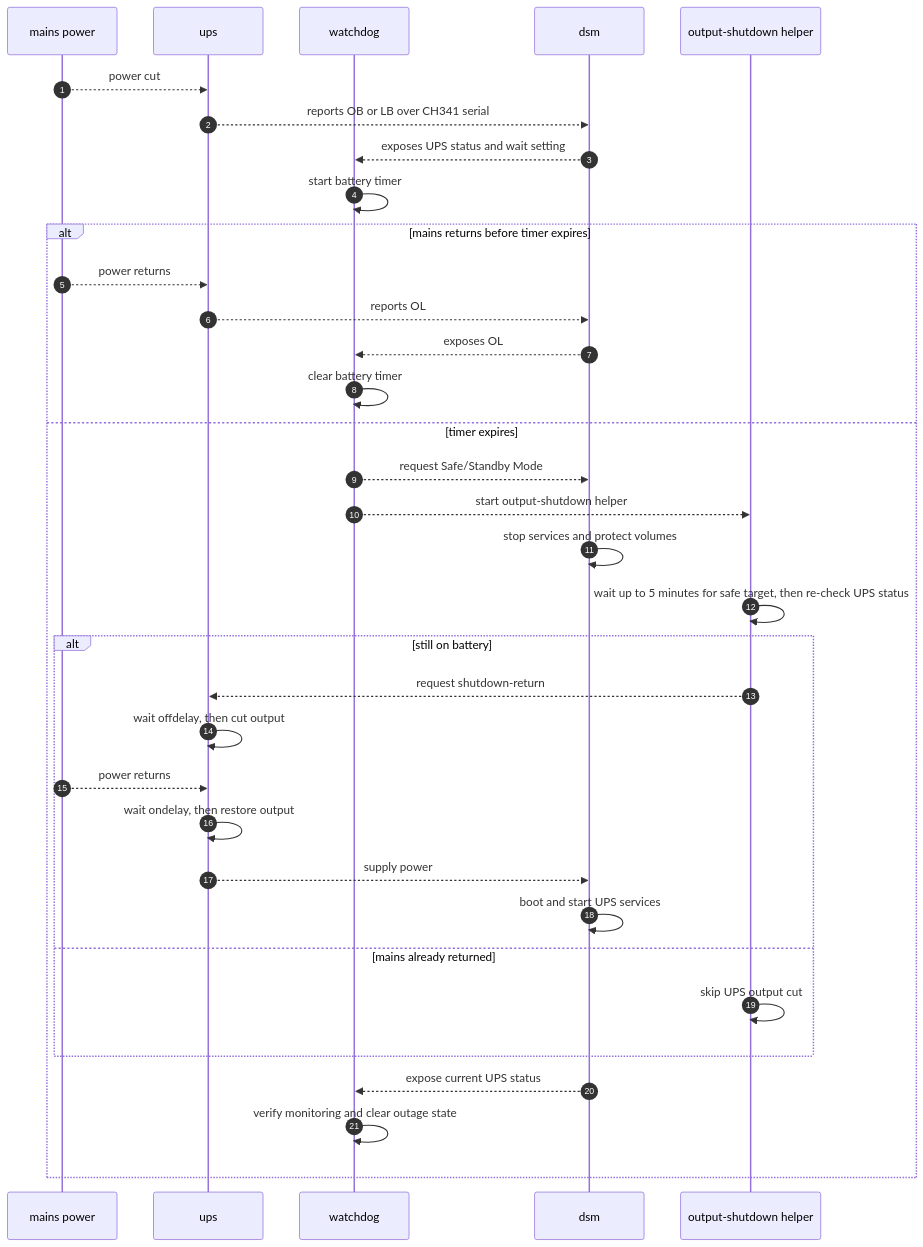
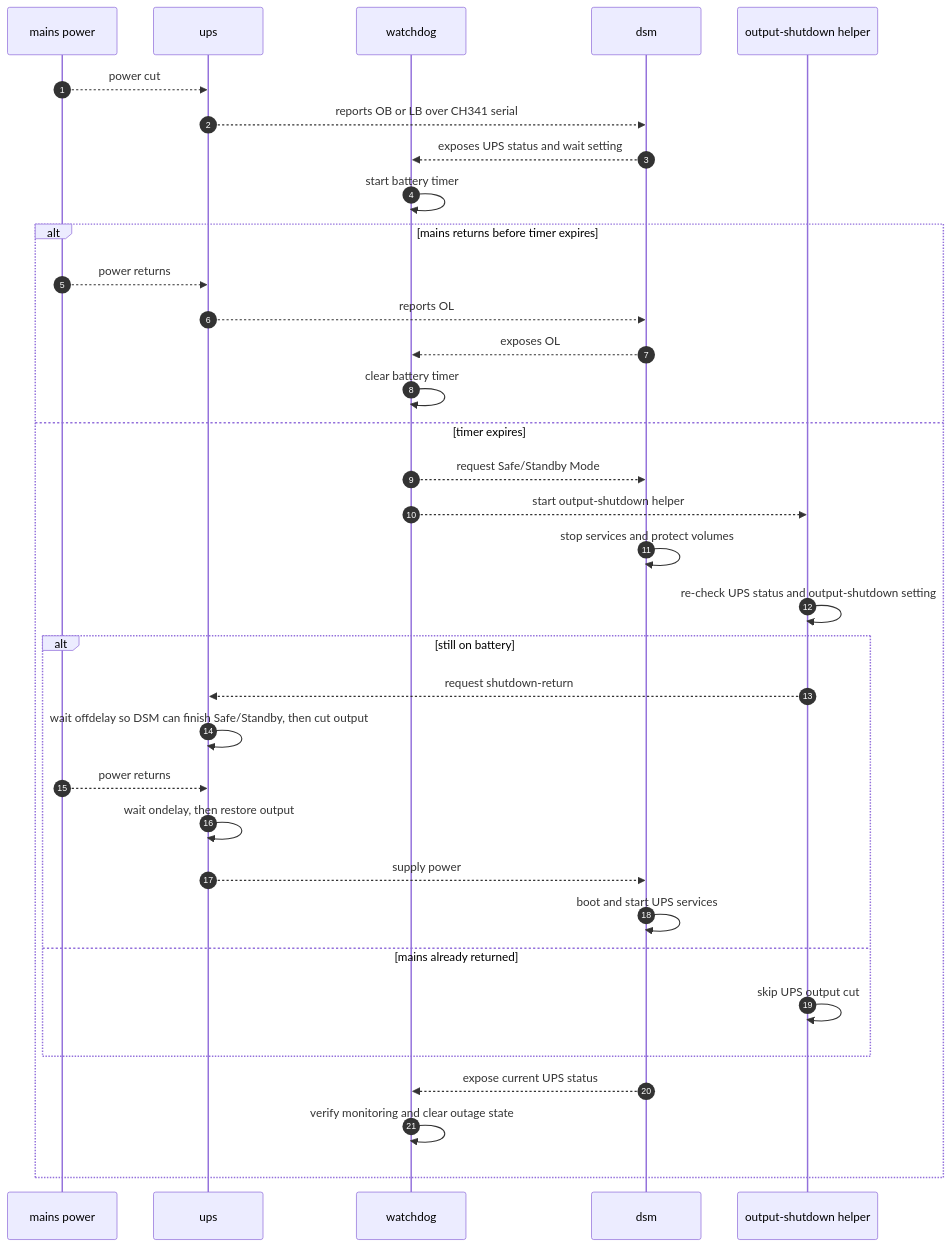
One commit to papa-vova/synology-nut-ch341-ups changed the first of 2 diagrams in README.md. Above: the diagram before and after it, drawn with Mermaid. The commit also changed other lines of this file and 4 other files, not shown here.

Commit message:
Use UPS offdelay for standby cut grace

````diff
--- a/README.md
+++ b/README.md
@@ -54,37 +54,37 @@
 ```mermaid
 sequenceDiagram
   autonumber
   participant M as mains power
   participant U as ups
   participant W as watchdog
   participant D as dsm
   participant O as output-shutdown helper
 
   M-->>U: power cut
   U-->>D: reports OB or LB over CH341 serial
   D-->>W: exposes UPS status and wait setting
   W->>W: start battery timer
   alt mains returns before timer expires
     M-->>U: power returns
     U-->>D: reports OL
     D-->>W: exposes OL
     W->>W: clear battery timer
   else timer expires
     W-->>D: request Safe/Standby Mode
     W-->>O: start output-shutdown helper
     D->>D: stop services and protect volumes
-    O->>O: wait up to 5 minutes for safe target, then re-check UPS status
+    O->>O: re-check UPS status and output-shutdown setting
     alt still on battery
       O-->>U: request shutdown-return
-      U->>U: wait offdelay, then cut output
+      U->>U: wait offdelay so DSM can finish Safe/Standby, then cut output
       M-->>U: power returns
       U->>U: wait ondelay, then restore output
       U-->>D: supply power
       D->>D: boot and start UPS services
     else mains already returned
       O->>O: skip UPS output cut
     end
     D-->>W: expose current UPS status
     W->>W: verify monitoring and clear outage state
   end
 ```
````
